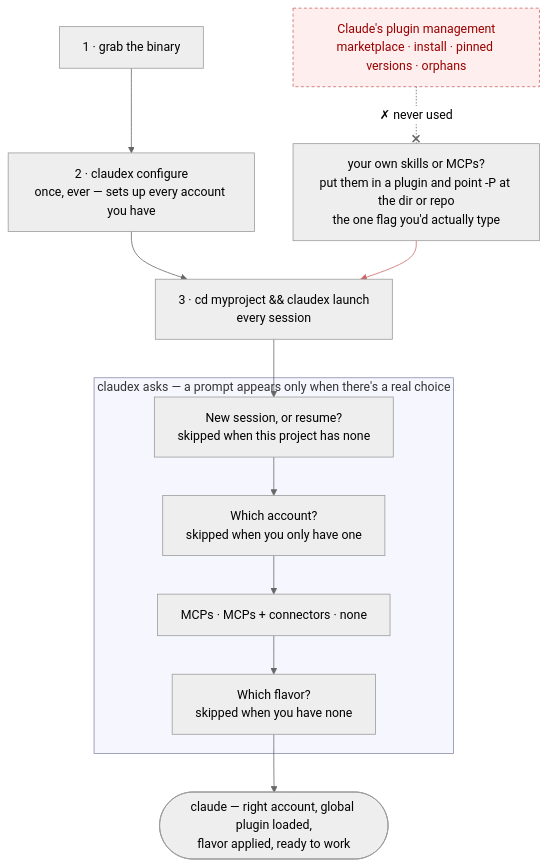
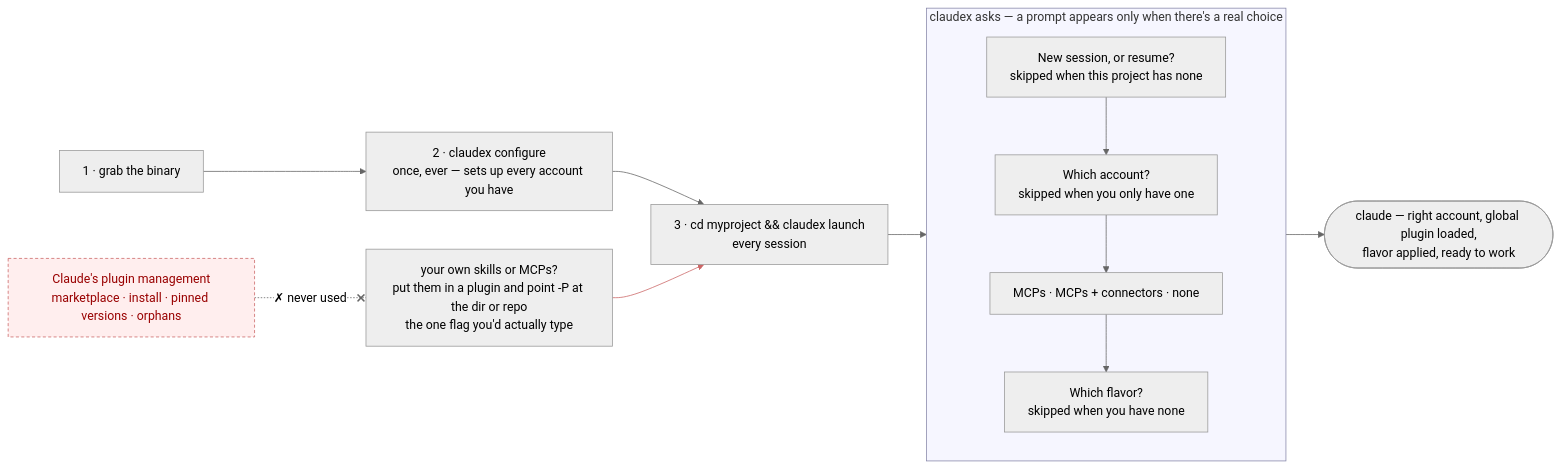
One commit to Tanq16/claudex changed the diagram in README.md. Above: the diagram before and after it, drawn with Mermaid (neutral theme).

Commit message:
Change flowchart direction from TB to LR

````diff
--- a/README.md
+++ b/README.md
@@ -40,31 +40,32 @@
 ```mermaid
 %%{init: {'flowchart': {'wrappingWidth': 260}}}%%
-flowchart TB
+flowchart LR
     I["1 · grab the binary"]
     C["2 · claudex configure<br/>once, ever — sets up every account you have"]
     L["3 · cd myproject && claudex launch<br/>every session"]
 
     I --> C --> L
 
     subgraph ASK ["claudex asks — a prompt appears only when there's a real choice"]
+    direction TB
         Q1["New session, or resume?<br/>skipped when this project has none"]
         Q2["Which account?<br/>skipped when you only have one"]
         Q3["MCPs · MCPs + connectors · none"]
         Q4["Which flavor?<br/>skipped when you have none"]
         Q1 --> Q2 --> Q3 --> Q4
     end
 
     L --> Q1
     Q4 --> OUT(["claude — right account, global plugin loaded,<br/>flavor applied, ready to work"])
 
     P["your own skills or MCPs?<br/>put them in a plugin and point -P at the dir or repo<br/>the one flag you'd actually type"]
     P --> L
 
     NATIVE["Claude's plugin management<br/>marketplace · install · pinned versions · orphans"]
     NATIVE -.-x|"✗ never used"| P
 
     classDef no fill:#fee,stroke:#c66,color:#900,stroke-dasharray:4 3
     class NATIVE no
     style ASK fill:#f6f6ff,stroke:#88a
     linkStyle 7 stroke:#c66,color:#900
 ```
````
